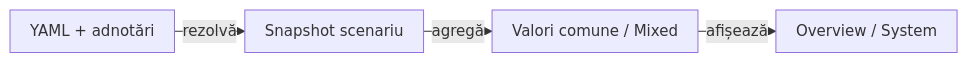
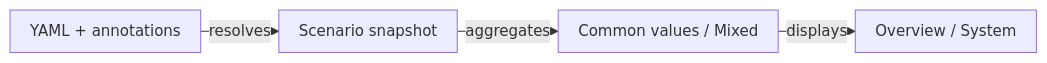
One commit to crististefanita/atf_j0 changed the seventh of 14 diagrams in atf-test-auto-ex/README.md. Above: the diagram before and after it, drawn with Mermaid. The commit also changed other lines of this file and 113 other files, not shown here.

````diff
--- a/atf-test-auto-ex/README.md
+++ b/atf-test-auto-ex/README.md
@@ -921,7 +966,7 @@
 ```mermaid
 %%{init: {"themeVariables":{"fontSize":"15px"},"themeCSS":".nodeLabel, .nodeLabel p { font-size: 15px !important; line-height: 1.35 !important; } .edgeLabel, .edgeLabel p { font-size: 12px !important; font-weight: 400 !important; line-height: 1.2 !important; } .edgeLabel .labelBkg, .edgeLabel p { background: transparent !important; } .edgeLabel foreignObject { transform: translateY(-18px); overflow: visible; } .node rect { rx: 6px; ry: 6px; }","flowchart":{"curve":"linear","nodeSpacing":24,"rankSpacing":16,"padding":10,"diagramPadding":16}}}%%
 flowchart LR
-    Settings["YAML + adnotări"] -->|rezolvă| Scenario["Snapshot scenariu"]
-    Scenario -->|agregă| Common["Valori comune / Mixed"]
-    Common -->|afișează| System["Overview / System"]
+    Settings["YAML + annotations"] -->|resolves| Scenario["Scenario snapshot"]
+    Scenario -->|aggregates| Common["Common values / Mixed"]
+    Common -->|displays| System["Overview / System"]
 ```
````
